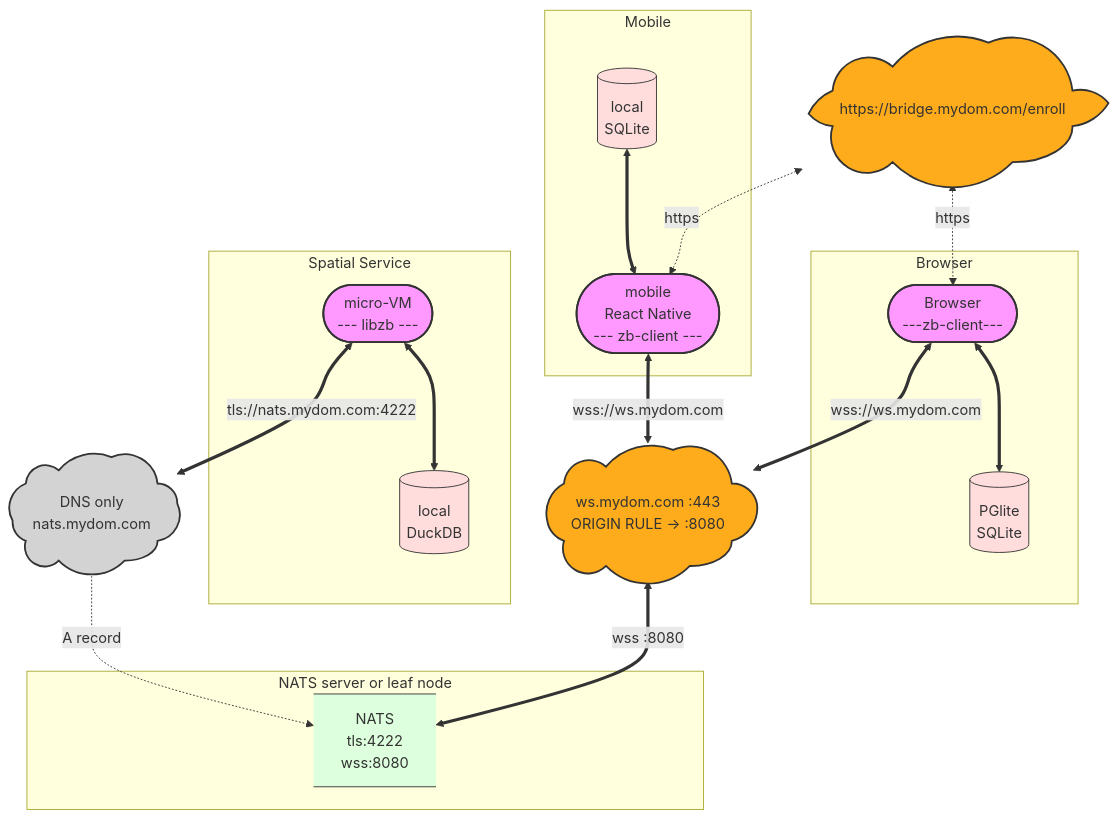
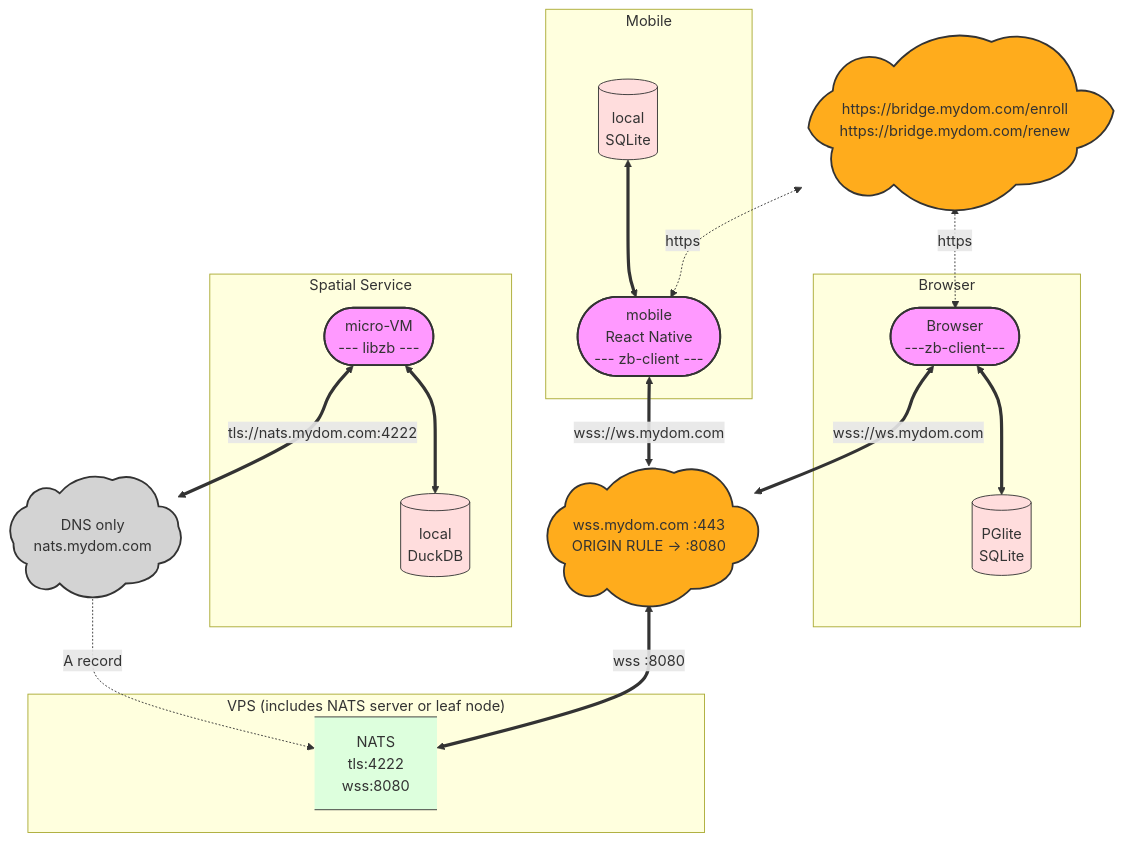
Before and after one commit to ndrean/ZeBridge: the third of 6 diagrams in README.md, drawn with Mermaid. The commit also changed other lines of this file and 30 other files, not shown here.

````diff
--- a/README.md
+++ b/README.md
@@ -334,50 +323,50 @@
 ```mermaid
 graph TD
     classDef external fill:#f9f,stroke:#333,stroke-width:2px;
     classDef orange-proxy fill:#FFAC1C,stroke:#333,stroke-width:2px;
     classDef grey-proxy fill:#D3D3D3,stroke:#333,stroke-width:2px;
     classDef internal fill:#dfd,stroke:#333,stroke-width:1px;
     classDef secure fill:#fdd,stroke:#333,stroke-width:1px;
     classDef telemetry fill:#fff2cc,stroke:#d6b656,stroke-width:1px;
     classDef daemon fill:#bdf3ff,stroke:#ac0100,stroke-width:2px;
 
     subgraph Mobile
       UserMobile([mobile<br>React Native<br>--- zb-client ---]):::external
       LocalSQLite[(local<br>SQLite)]:::secure
       LocalSQLite <==>  UserMobile
     end
 
     subgraph Browser
       B([Browser<br>---zb-client---]):::external
       LocalLite[(PGlite<br>SQLite)]:::secure
       B<==> LocalLite
     end
 
     subgraph Spatial Service
       VM([micro-VM<br>--- libzb ---]):::external
       LocalDuckDB[(local<br>DuckDB)]:::secure
       VM <==> LocalDuckDB
     end
 
-    CF(["https://bridge.mydom.com/enroll"]):::orange-proxy
+    CF(["https://bridge.mydom.com/enroll<br>https://bridge.mydom.com/renew"]):::orange-proxy
     CF@{ shape: cloud }
-    CFWS(["ws.mydom.com :443<br>ORIGIN RULE → :8080"]):::orange-proxy
+    CFWS(["wss.mydom.com :443<br>ORIGIN RULE → :8080"]):::orange-proxy
     CFWS@{ shape: cloud }
     CFNATS(["DNS only<br>nats.mydom.com"]):::grey-proxy
     CFNATS@{ shape: cloud }
 
     
 
-    subgraph VPS [NATS server or leaf node]
+    subgraph VPS ["VPS (includes NATS server or leaf node)"]
         NATS[NATS<br>tls:4222<br>wss:8080]:::internal
         NATS@{ shape: data-store }
     end
 
     CF <-.-> |https| B
     CF <-.->|https| UserMobile
     B <==> |wss://ws.mydom.com| CFWS
     UserMobile <==>|wss://ws.mydom.com| CFWS
     CFWS <==>|wss :8080| NATS
     VM <==> |tls://nats.mydom.com:4222| CFNATS
     CFNATS -.->|A record| NATS
 ```
````
